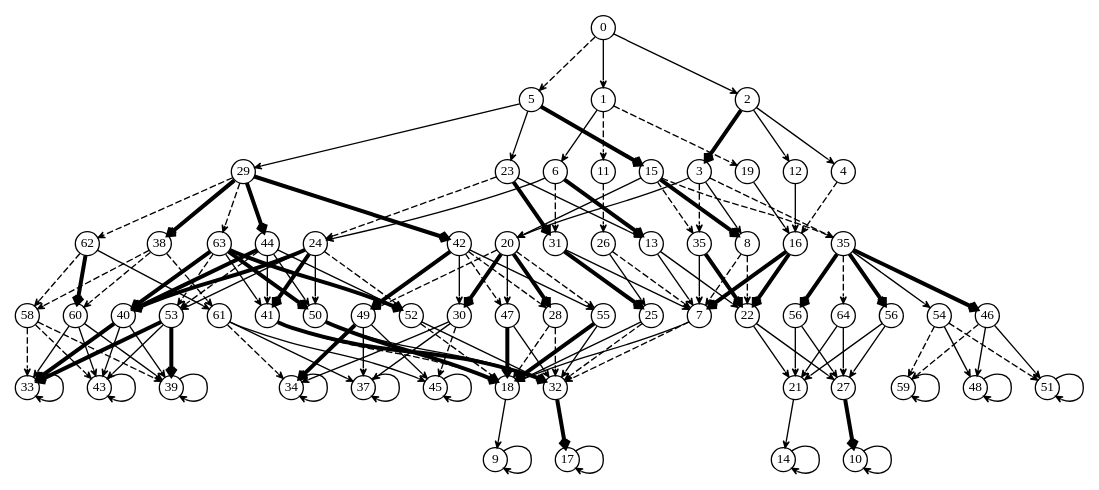
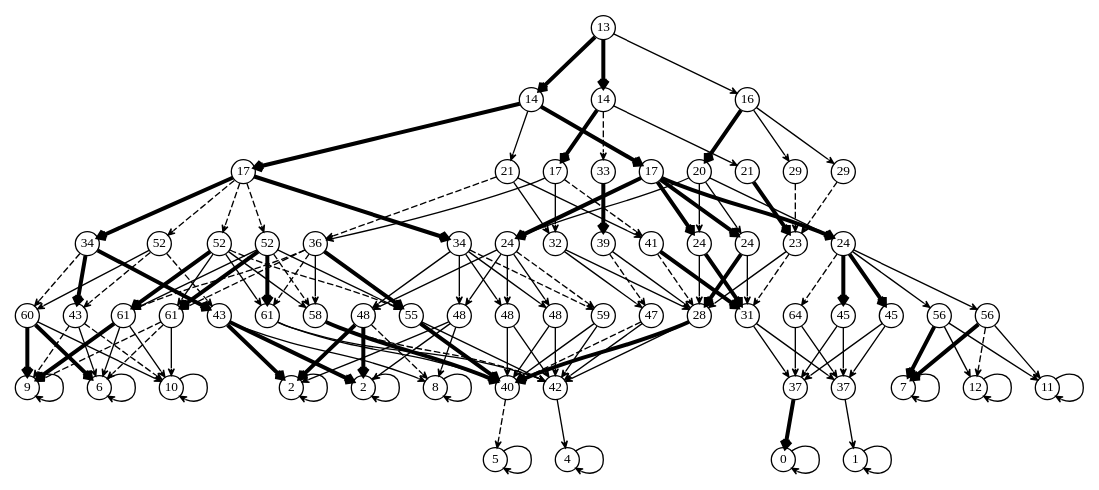
One commit to kphongph/repo_ttu changed the diagram in attack_graph/result/weight.dot. Above: the diagram before and after it, drawn with Graphviz. The commit also changed 1 other file, not shown here.

```diff
--- a/attack_graph/result/weight.dot
+++ b/attack_graph/result/weight.dot
@@ -1,197 +1,197 @@
 digraph G {
   node [shape=circle,width=.25,height=.25,fixedsize=true,fontsize=10];
   edge [arrowhead="vee",arrowsize=.5];
-  s0 [label="0"];
-  s1 [label="5"];
-  s2 [label="1"];
-  s3 [label="2"];
-  s4 [label="29"];
-  s5 [label="23"];
-  s6 [label="6"];
-  s7 [label="11"];
-  s8 [label="15"];
-  s9 [label="3"];
-  s10 [label="19"];
-  s11 [label="12"];
-  s12 [label="4"];
-  s13 [label="62"];
-  s14 [label="38"];
-  s15 [label="63"];
-  s16 [label="44"];
-  s17 [label="24"];
-  s18 [label="42"];
-  s19 [label="20"];
-  s20 [label="31"];
-  s21 [label="26"];
-  s22 [label="13"];
-  s23 [label="35"];
-  s24 [label="8"];
-  s25 [label="16"];
-  s26 [label="35"];
-  s27 [label="60"];
-  s28 [label="58"];
-  s29 [label="40"];
-  s30 [label="53"];
-  s31 [label="61"];
-  s32 [label="30"];
-  s33 [label="49"];
-  s34 [label="41"];
-  s35 [label="50"];
-  s36 [label="52"];
-  s37 [label="28"];
-  s38 [label="55"];
-  s39 [label="47"];
-  s40 [label="25"];
-  s41 [label="7"];
-  s42 [label="54"];
-  s43 [label="46"];
-  s44 [label="22"];
-  s45 [label="64"];
-  s46 [label="56"];
-  s47 [label="56"];
-  s48 [label="43"];
-  s49 [label="39"];
-  s50 [label="33"];
-  s51 [label="45"];
-  s52 [label="34"];
-  s53 [label="37"];
-  s54 [label="18"];
-  s55 [label="32"];
-  s56 [label="48"];
-  s57 [label="51"];
-  s58 [label="59"];
-  s59 [label="21"];
-  s60 [label="27"];
-  s61 [label="9"];
-  s62 [label="17"];
-  s63 [label="14"];
-  s64 [label="10"];
-  s0 -> s1 [style=dashed];
-  s0 -> s2 [penwidth=1];
+  s0 [label="13"];
+  s1 [label="14"];
+  s2 [label="14"];
+  s3 [label="16"];
+  s4 [label="17"];
+  s5 [label="21"];
+  s6 [label="17"];
+  s7 [label="33"];
+  s8 [label="17"];
+  s9 [label="20"];
+  s10 [label="21"];
+  s11 [label="29"];
+  s12 [label="29"];
+  s13 [label="34"];
+  s14 [label="52"];
+  s15 [label="52"];
+  s16 [label="52"];
+  s17 [label="36"];
+  s18 [label="34"];
+  s19 [label="24"];
+  s20 [label="32"];
+  s21 [label="39"];
+  s22 [label="41"];
+  s23 [label="24"];
+  s24 [label="24"];
+  s25 [label="23"];
+  s26 [label="24"];
+  s27 [label="43"];
+  s28 [label="60"];
+  s29 [label="61"];
+  s30 [label="61"];
+  s31 [label="43"];
+  s32 [label="48"];
+  s33 [label="48"];
+  s34 [label="61"];
+  s35 [label="58"];
+  s36 [label="55"];
+  s37 [label="48"];
+  s38 [label="59"];
+  s39 [label="48"];
+  s40 [label="47"];
+  s41 [label="28"];
+  s42 [label="56"];
+  s43 [label="56"];
+  s44 [label="31"];
+  s45 [label="45"];
+  s46 [label="45"];
+  s47 [label="64"];
+  s48 [label="6"];
+  s49 [label="10"];
+  s50 [label="9"];
+  s51 [label="8"];
+  s52 [label="2"];
+  s53 [label="2"];
+  s54 [label="40"];
+  s55 [label="42"];
+  s56 [label="12"];
+  s57 [label="11"];
+  s58 [label="7"];
+  s59 [label="37"];
+  s60 [label="37"];
+  s61 [label="5"];
+  s62 [label="4"];
+  s63 [label="0"];
+  s64 [label="1"];
+  s0 -> s1 [penwidth=3];
+  s0 -> s2 [penwidth=3];
   s0 -> s3 [penwidth=1];
-  s1 -> s4 [penwidth=1];
+  s1 -> s4 [penwidth=3];
   s1 -> s5 [penwidth=1];
   s1 -> s8 [penwidth=3];
-  s2 -> s6 [penwidth=1];
+  s2 -> s6 [penwidth=3];
   s2 -> s7 [style=dashed];
-  s2 -> s10 [style=dashed];
+  s2 -> s10 [penwidth=1];
   s3 -> s9 [penwidth=3];
   s3 -> s11 [penwidth=1];
   s3 -> s12 [penwidth=1];
-  s4 -> s13 [style=dashed];
-  s4 -> s14 [penwidth=3];
+  s4 -> s13 [penwidth=3];
+  s4 -> s14 [style=dashed];
   s4 -> s15 [style=dashed];
-  s4 -> s16 [penwidth=3];
+  s4 -> s16 [style=dashed];
   s4 -> s18 [penwidth=3];
   s5 -> s17 [style=dashed];
-  s5 -> s20 [penwidth=3];
+  s5 -> s20 [penwidth=1];
   s5 -> s22 [penwidth=1];
   s6 -> s17 [penwidth=1];
-  s6 -> s20 [style=dashed];
-  s6 -> s22 [penwidth=3];
-  s7 -> s21 [style=dashed];
-  s8 -> s19 [penwidth=1];
-  s8 -> s23 [style=dashed];
+  s6 -> s20 [penwidth=1];
+  s6 -> s22 [style=dashed];
+  s7 -> s21 [penwidth=3];
+  s8 -> s19 [penwidth=3];
+  s8 -> s23 [penwidth=3];
   s8 -> s24 [penwidth=3];
-  s8 -> s26 [style=dashed];
+  s8 -> s26 [penwidth=3];
   s9 -> s19 [penwidth=1];
-  s9 -> s23 [style=dashed];
+  s9 -> s23 [penwidth=1];
   s9 -> s24 [penwidth=1];
-  s9 -> s26 [style=dashed];
-  s10 -> s25 [penwidth=1];
-  s11 -> s25 [penwidth=1];
+  s9 -> s26 [penwidth=1];
+  s10 -> s25 [penwidth=3];
+  s11 -> s25 [style=dashed];
   s12 -> s25 [style=dashed];
   s13 -> s27 [penwidth=3];
   s13 -> s28 [style=dashed];
-  s13 -> s31 [penwidth=1];
+  s13 -> s31 [penwidth=3];
   s14 -> s27 [style=dashed];
-  s14 -> s28 [style=dashed];
+  s14 -> s28 [penwidth=1];
   s14 -> s31 [style=dashed];
   s15 -> s29 [penwidth=3];
-  s15 -> s30 [style=dashed];
+  s15 -> s30 [penwidth=1];
   s15 -> s34 [penwidth=1];
-  s15 -> s35 [penwidth=3];
-  s15 -> s36 [penwidth=3];
-  s16 -> s29 [penwidth=3];
-  s16 -> s30 [style=dashed];
-  s16 -> s34 [penwidth=1];
-  s16 -> s35 [penwidth=1];
+  s15 -> s35 [penwidth=1];
+  s15 -> s36 [style=dashed];
+  s16 -> s29 [penwidth=1];
+  s16 -> s30 [penwidth=3];
+  s16 -> s34 [penwidth=3];
+  s16 -> s35 [style=dashed];
   s16 -> s36 [penwidth=1];
-  s17 -> s29 [penwidth=3];
-  s17 -> s30 [penwidth=1];
-  s17 -> s34 [penwidth=3];
+  s17 -> s29 [style=dashed];
+  s17 -> s30 [style=dashed];
+  s17 -> s34 [style=dashed];
   s17 -> s35 [penwidth=1];
-  s17 -> s36 [style=dashed];
+  s17 -> s36 [penwidth=3];
   s18 -> s32 [penwidth=1];
-  s18 -> s33 [penwidth=3];
-  s18 -> s37 [style=dashed];
-  s18 -> s38 [penwidth=1];
-  s18 -> s39 [style=dashed];
-  s19 -> s32 [penwidth=3];
-  s19 -> s33 [style=dashed];
-  s19 -> s37 [penwidth=3];
+  s18 -> s33 [penwidth=1];
+  s18 -> s37 [penwidth=1];
+  s18 -> s38 [style=dashed];
+  s18 -> s39 [penwidth=1];
+  s19 -> s32 [penwidth=1];
+  s19 -> s33 [penwidth=1];
+  s19 -> s37 [penwidth=1];
   s19 -> s38 [style=dashed];
   s19 -> s39 [penwidth=1];
-  s20 -> s40 [penwidth=3];
+  s20 -> s40 [penwidth=1];
   s20 -> s41 [penwidth=1];
-  s21 -> s40 [penwidth=1];
-  s21 -> s41 [style=dashed];
-  s22 -> s41 [penwidth=1];
-  s22 -> s44 [penwidth=1];
+  s21 -> s40 [style=dashed];
+  s21 -> s41 [penwidth=1];
+  s22 -> s41 [style=dashed];
+  s22 -> s44 [penwidth=3];
   s23 -> s41 [penwidth=1];
   s23 -> s44 [penwidth=3];
-  s24 -> s41 [style=dashed];
-  s24 -> s44 [style=dashed];
-  s25 -> s41 [penwidth=3];
-  s25 -> s44 [penwidth=3];
+  s24 -> s41 [penwidth=3];
+  s24 -> s44 [penwidth=1];
+  s25 -> s41 [penwidth=1];
+  s25 -> s44 [style=dashed];
   s26 -> s42 [penwidth=1];
-  s26 -> s43 [penwidth=3];
-  s26 -> s45 [style=dashed];
+  s26 -> s43 [penwidth=1];
+  s26 -> s45 [penwidth=3];
   s26 -> s46 [penwidth=3];
-  s26 -> s47 [penwidth=3];
+  s26 -> s47 [style=dashed];
   s27 -> s48 [penwidth=1];
-  s27 -> s49 [penwidth=1];
-  s27 -> s50 [penwidth=1];
-  s28 -> s48 [style=dashed];
-  s28 -> s49 [style=dashed];
-  s28 -> s50 [style=dashed];
+  s27 -> s49 [style=dashed];
+  s27 -> s50 [style=dashed];
+  s28 -> s48 [penwidth=3];
+  s28 -> s49 [penwidth=1];
+  s28 -> s50 [penwidth=3];
   s29 -> s48 [penwidth=1];
   s29 -> s49 [penwidth=1];
   s29 -> s50 [penwidth=3];
-  s30 -> s48 [penwidth=1];
-  s30 -> s49 [penwidth=3];
-  s30 -> s50 [penwidth=3];
+  s30 -> s48 [style=dashed];
+  s30 -> s49 [penwidth=1];
+  s30 -> s50 [style=dashed];
   s31 -> s51 [penwidth=1];
-  s31 -> s52 [style=dashed];
-  s31 -> s53 [penwidth=1];
-  s32 -> s51 [style=dashed];
+  s31 -> s52 [penwidth=3];
+  s31 -> s53 [penwidth=3];
+  s32 -> s51 [penwidth=1];
   s32 -> s52 [penwidth=1];
   s32 -> s53 [penwidth=1];
-  s33 -> s51 [penwidth=1];
+  s33 -> s51 [style=dashed];
   s33 -> s52 [penwidth=3];
-  s33 -> s53 [penwidth=1];
-  s34 -> s54 [style=dashed];
-  s34 -> s55 [penwidth=3];
+  s33 -> s53 [penwidth=3];
+  s34 -> s54 [penwidth=1];
+  s34 -> s55 [penwidth=1];
   s35 -> s54 [penwidth=3];
-  s35 -> s55 [penwidth=1];
-  s36 -> s54 [style=dashed];
+  s35 -> s55 [style=dashed];
+  s36 -> s54 [penwidth=3];
   s36 -> s55 [penwidth=1];
-  s37 -> s54 [style=dashed];
-  s37 -> s55 [style=dashed];
-  s38 -> s54 [penwidth=3];
+  s37 -> s54 [penwidth=1];
+  s37 -> s55 [penwidth=1];
+  s38 -> s54 [penwidth=1];
   s38 -> s55 [penwidth=1];
-  s39 -> s54 [penwidth=3];
+  s39 -> s54 [penwidth=1];
   s39 -> s55 [penwidth=1];
-  s40 -> s54 [penwidth=1];
-  s40 -> s55 [style=dashed];
-  s41 -> s54 [penwidth=1];
-  s41 -> s55 [style=dashed];
+  s40 -> s54 [style=dashed];
+  s40 -> s55 [penwidth=1];
+  s41 -> s54 [penwidth=3];
+  s41 -> s55 [penwidth=1];
   s42 -> s56 [penwidth=1];
-  s42 -> s57 [style=dashed];
-  s42 -> s58 [style=dashed];
-  s43 -> s56 [penwidth=1];
+  s42 -> s57 [penwidth=1];
+  s42 -> s58 [penwidth=3];
+  s43 -> s56 [style=dashed];
   s43 -> s57 [penwidth=1];
-  s43 -> s58 [style=dashed];
+  s43 -> s58 [penwidth=3];
   s44 -> s59 [penwidth=1];
   s44 -> s60 [penwidth=1];
   s45 -> s59 [penwidth=1];
@@ -206,13 +206,13 @@
   s51 -> s51 [penwidth=1];
   s52 -> s52 [penwidth=1];
   s53 -> s53 [penwidth=1];
-  s54 -> s61 [penwidth=1];
-  s55 -> s62 [penwidth=3];
+  s54 -> s61 [style=dashed];
+  s55 -> s62 [penwidth=1];
   s56 -> s56 [penwidth=1];
   s57 -> s57 [penwidth=1];
   s58 -> s58 [penwidth=1];
-  s59 -> s63 [penwidth=1];
-  s60 -> s64 [penwidth=3];
+  s59 -> s63 [penwidth=3];
+  s60 -> s64 [penwidth=1];
   s61 -> s61 [penwidth=1];
   s62 -> s62 [penwidth=1];
   s63 -> s63 [penwidth=1];
```
